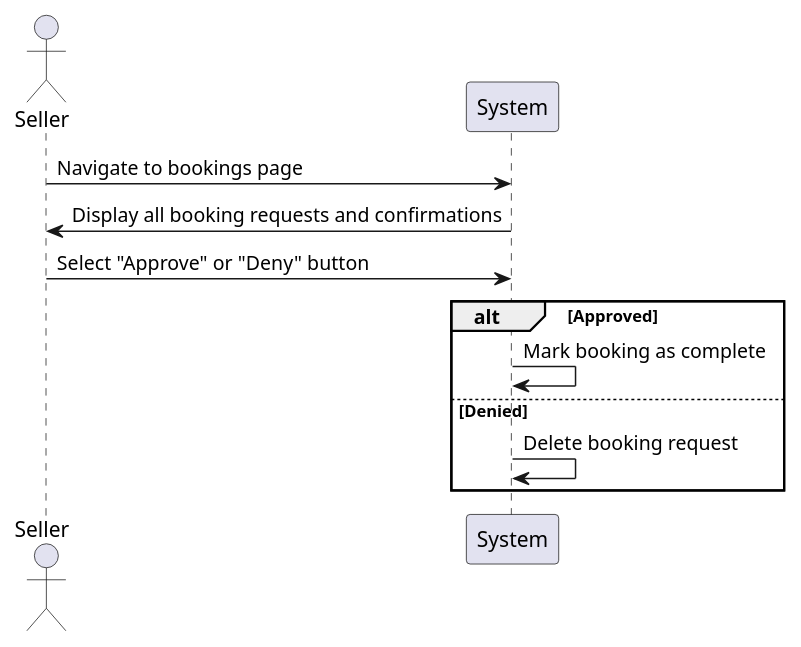
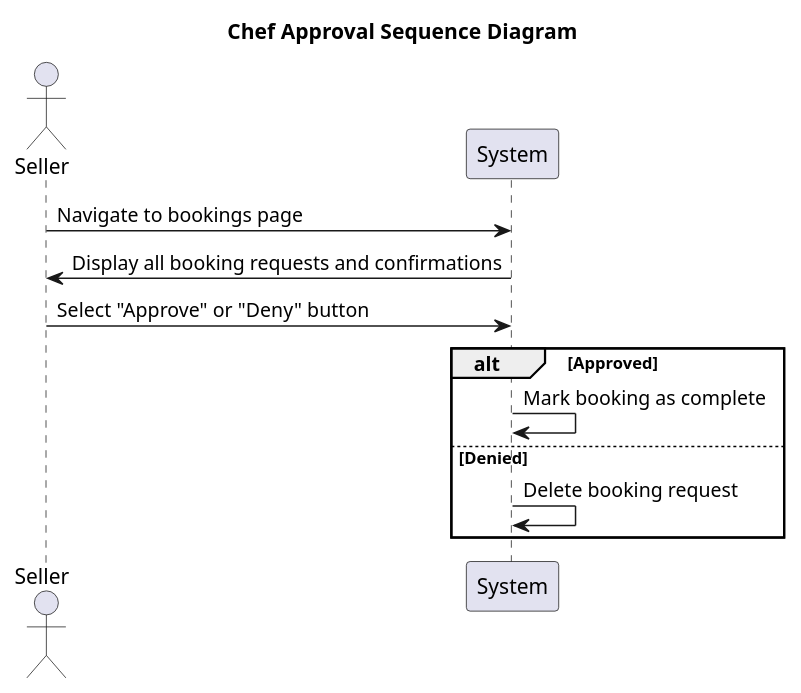
Before and after one commit to micahbaumann/CS-5800-Project-Micah-UML: the diagram in 4_ChefApprovalSequence.puml, drawn with PlantUML. The commit also changed 17 other files, not shown here.

```diff
--- a/4_ChefApprovalSequence.puml
+++ b/4_ChefApprovalSequence.puml
@@ -1,17 +1,18 @@
 @startuml
 'https://plantuml.com/sequence-diagram
+title Chef Approval Sequence Diagram
 
 actor Seller
 participant System
 
 Seller -> System: Navigate to bookings page
 System -> Seller: Display all booking requests and confirmations
 Seller -> System: Select "Approve" or "Deny" button
 
 alt Approved
     System -> System: Mark booking as complete
 else Denied
     System -> System: Delete booking request
 end
 
 @enduml
```
